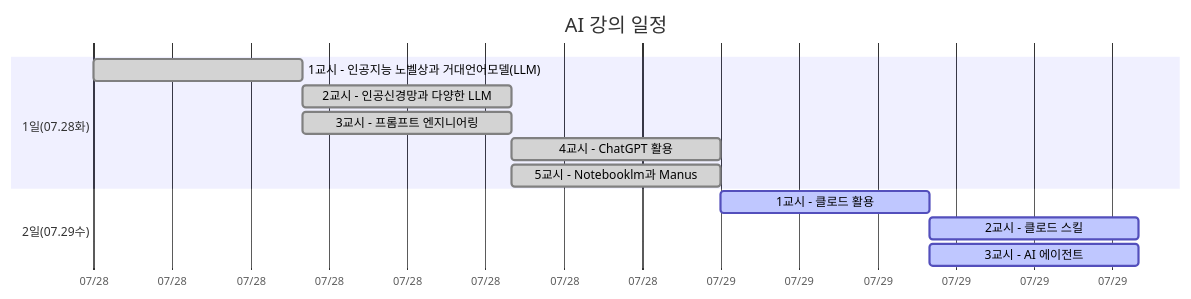
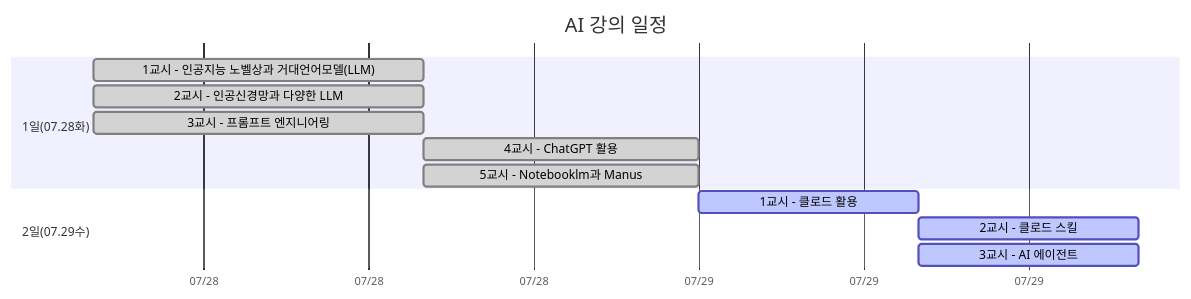
Before and after one commit to soobook/2026-LLM: the diagram in README.md, drawn with Mermaid.

````diff
--- a/README.md
+++ b/README.md
@@ -21,18 +21,18 @@
 ```mermaid
 gantt
     title AI 강의 일정
-    dateFormat YYYY-MM-DD
+    dateFormat YYYY-MM-DD-HH
     axisFormat %m/%d
 
     section 1일(07.28화)
-    1교시 - 인공지능 노벨상과 거대언어모델(LLM) :done, a1, 2026-07-28, 8h
-    2교시 - 인공신경망과 다양한 LLM :done, a2, after a1, 8h
-    3교시 - 프롬프트 엔지니어링           :done, a3, after a1, 8h
-    4교시 - ChatGPT 활용                 :done, a4, after a2, 8h
-    5교시 - Notebooklm과 Manus           :done, a5, after a2, 8h
+    1교시 - 인공지능 노벨상과 거대언어모델(LLM) :done, a1, 2026-07-28-13, 6h
+    2교시 - 인공신경망과 다양한 LLM :done, a2, 2026-07-28-13, 6h
+    3교시 - 프롬프트 엔지니어링           :done, a3, 2026-07-28-13, 6h
+    4교시 - ChatGPT 활용                 :done, a4, after a2, 5h
+    5교시 - Notebooklm과 Manus           :done, a5, after a2, 5h
 
     section 2일(07.29수)
-    1교시 - 클로드 활용           :active, b1, 2026-07-29, 8h
-    2교시 - 클로드 스킬           :active, b2, after b1, 8h
-    3교시 - AI 에이전트           :active, b3, after b1, 8h
+    1교시 - 클로드 활용           :active, b1, 2026-07-29-00, 4h
+    2교시 - 클로드 스킬           :active, b2, after b1, 4h
+    3교시 - AI 에이전트           :active, b3, after b1, 4h
 ```
````
